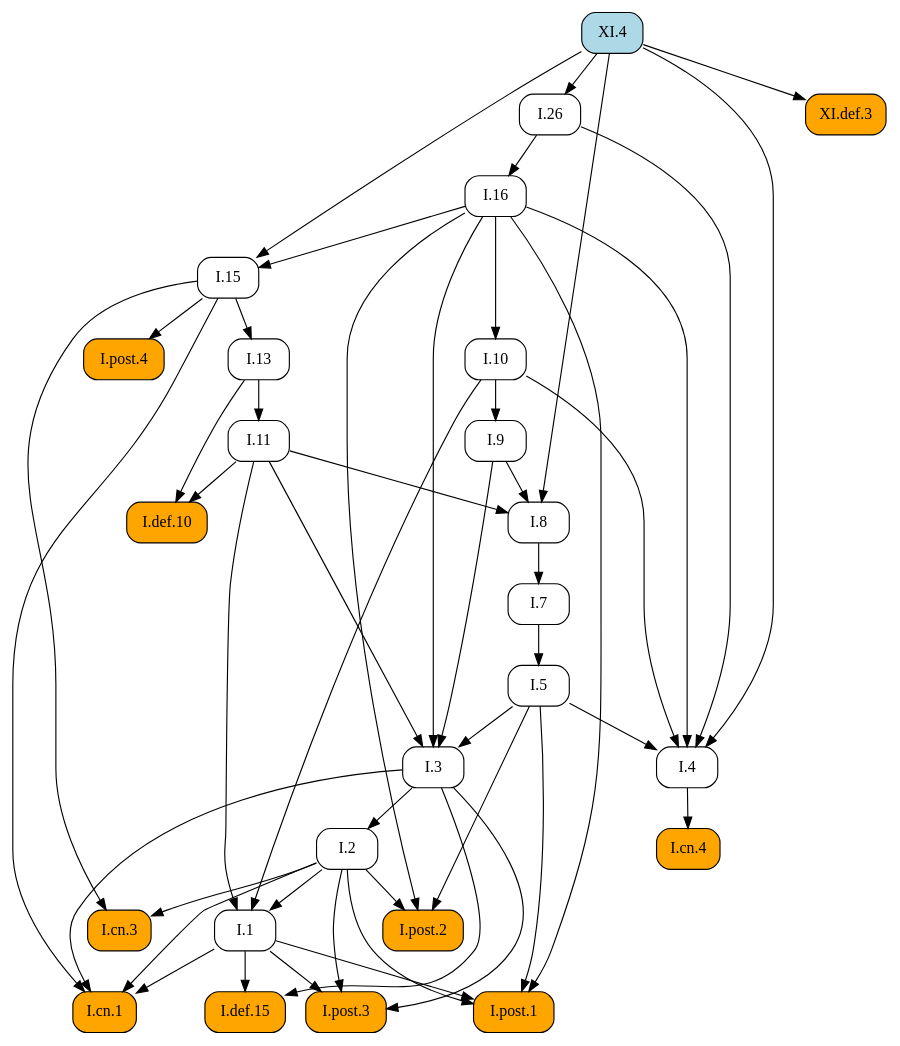
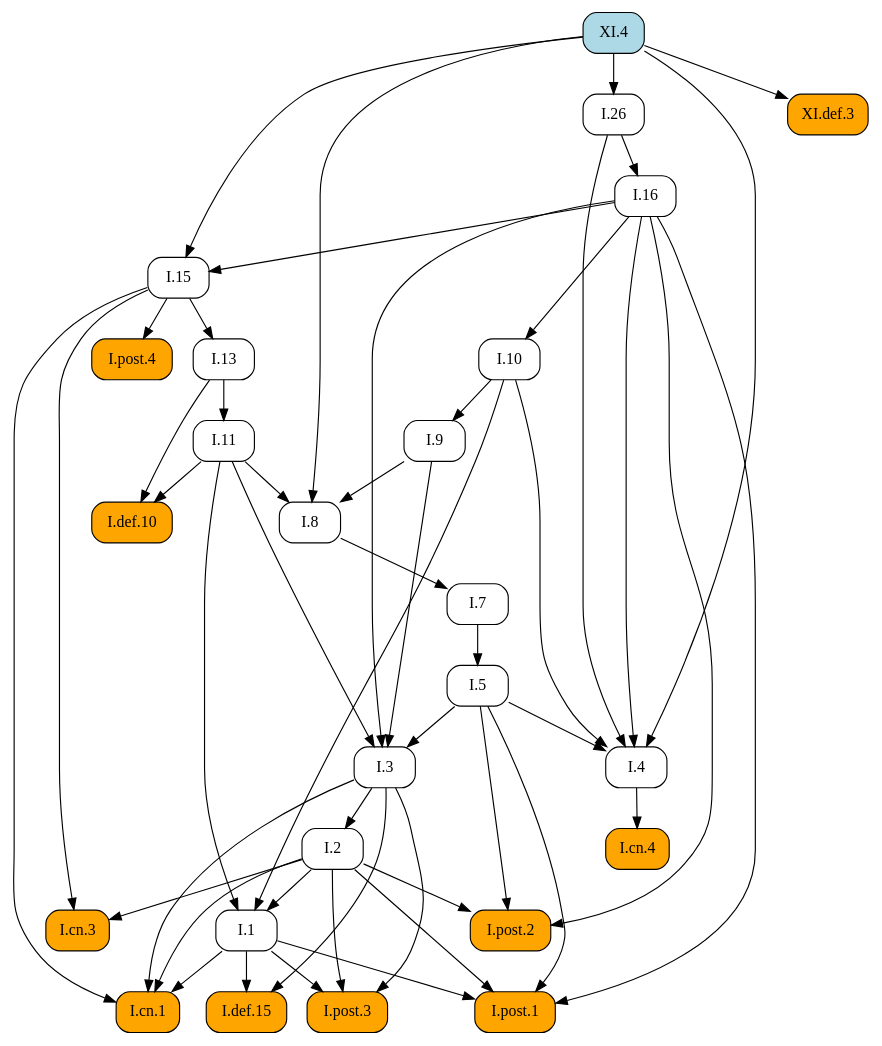
The diagram in docsrc/heath/XI/4/index.rst (geometor/elements), drawn with Graphviz before and after one commit. The commit also changed other lines of this file and 1029 other files, not shown here.

```diff
--- a/docsrc/heath/XI/4/index.rst
+++ b/docsrc/heath/XI/4/index.rst
@@ -59,80 +59,80 @@
 .. graphviz::
 
    digraph {
      rankdir="TB";
      node [shape=box, style=rounded];
-     "I.13" [URL="/heath/I/13/", target="_top"];
-     "I.cn.3" [style="rounded,filled", fillcolor=orange, URL="/heath/I/cn.3/", target="_top"];
-     "I.5" [URL="/heath/I/5/", target="_top"];
-     "I.11" [URL="/heath/I/11/", target="_top"];
-     "I.7" [URL="/heath/I/7/", target="_top"];
-     "I.10" [URL="/heath/I/10/", target="_top"];
-     "I.4" [URL="/heath/I/4/", target="_top"];
-     "I.3" [URL="/heath/I/3/", target="_top"];
-     "I.16" [URL="/heath/I/16/", target="_top"];
-     "I.8" [URL="/heath/I/8/", target="_top"];
-     "I.9" [URL="/heath/I/9/", target="_top"];
      "I.def.10" [style="rounded,filled", fillcolor=orange, URL="/heath/I/def.10/", target="_top"];
-     "XI.4" [style="rounded,filled", fillcolor=lightblue, URL="/heath/XI/4/", target="_top"];
      "XI.def.3" [style="rounded,filled", fillcolor=orange, URL="/heath/XI/def.3/", target="_top"];
      "I.post.4" [style="rounded,filled", fillcolor=orange, URL="/heath/I/post.4/", target="_top"];
+     "I.11" [URL="/heath/I/11/", target="_top"];
+     "I.1" [URL="/heath/I/1/", target="_top"];
+     "I.26" [URL="/heath/I/26/", target="_top"];
+     "I.7" [URL="/heath/I/7/", target="_top"];
+     "I.3" [URL="/heath/I/3/", target="_top"];
+     "I.2" [URL="/heath/I/2/", target="_top"];
+     "I.4" [URL="/heath/I/4/", target="_top"];
+     "I.13" [URL="/heath/I/13/", target="_top"];
      "I.post.2" [style="rounded,filled", fillcolor=orange, URL="/heath/I/post.2/", target="_top"];
-     "I.2" [URL="/heath/I/2/", target="_top"];
+     "I.16" [URL="/heath/I/16/", target="_top"];
      "I.def.15" [style="rounded,filled", fillcolor=orange, URL="/heath/I/def.15/", target="_top"];
-     "I.1" [URL="/heath/I/1/", target="_top"];
+     "I.9" [URL="/heath/I/9/", target="_top"];
      "I.post.3" [style="rounded,filled", fillcolor=orange, URL="/heath/I/post.3/", target="_top"];
+     "I.cn.1" [style="rounded,filled", fillcolor=orange, URL="/heath/I/cn.1/", target="_top"];
+     "I.cn.3" [style="rounded,filled", fillcolor=orange, URL="/heath/I/cn.3/", target="_top"];
+     "I.8" [URL="/heath/I/8/", target="_top"];
+     "I.cn.4" [style="rounded,filled", fillcolor=orange, URL="/heath/I/cn.4/", target="_top"];
+     "I.15" [URL="/heath/I/15/", target="_top"];
+     "XI.4" [style="rounded,filled", fillcolor=lightblue, URL="/heath/XI/4/", target="_top"];
      "I.post.1" [style="rounded,filled", fillcolor=orange, URL="/heath/I/post.1/", target="_top"];
-     "I.cn.4" [style="rounded,filled", fillcolor=orange, URL="/heath/I/cn.4/", target="_top"];
-     "I.26" [URL="/heath/I/26/", target="_top"];
-     "I.15" [URL="/heath/I/15/", target="_top"];
-     "I.cn.1" [style="rounded,filled", fillcolor=orange, URL="/heath/I/cn.1/", target="_top"];
-     "I.15" -> "I.13";
-     "I.2" -> "I.cn.3";
-     "I.15" -> "I.cn.3";
-     "I.7" -> "I.5";
+     "I.10" [URL="/heath/I/10/", target="_top"];
+     "I.5" [URL="/heath/I/5/", target="_top"];
+     "I.11" -> "I.def.10";
+     "I.13" -> "I.def.10";
+     "XI.4" -> "XI.def.3";
+     "I.15" -> "I.post.4";
      "I.13" -> "I.11";
+     "I.2" -> "I.1";
+     "I.10" -> "I.1";
+     "I.11" -> "I.1";
+     "XI.4" -> "I.26";
      "I.8" -> "I.7";
-     "I.16" -> "I.10";
+     "I.5" -> "I.3";
+     "I.9" -> "I.3";
+     "I.11" -> "I.3";
+     "I.16" -> "I.3";
+     "I.3" -> "I.2";
      "I.5" -> "I.4";
      "I.10" -> "I.4";
      "I.16" -> "I.4";
      "I.26" -> "I.4";
      "XI.4" -> "I.4";
-     "I.5" -> "I.3";
-     "I.9" -> "I.3";
-     "I.11" -> "I.3";
-     "I.16" -> "I.3";
+     "I.15" -> "I.13";
+     "I.2" -> "I.post.2";
+     "I.5" -> "I.post.2";
+     "I.16" -> "I.post.2";
      "I.26" -> "I.16";
+     "I.1" -> "I.def.15";
+     "I.3" -> "I.def.15";
+     "I.10" -> "I.9";
+     "I.1" -> "I.post.3";
+     "I.2" -> "I.post.3";
+     "I.3" -> "I.post.3";
+     "I.1" -> "I.cn.1";
+     "I.2" -> "I.cn.1";
+     "I.3" -> "I.cn.1";
+     "I.15" -> "I.cn.1";
+     "I.2" -> "I.cn.3";
+     "I.15" -> "I.cn.3";
      "I.9" -> "I.8";
      "I.11" -> "I.8";
      "XI.4" -> "I.8";
-     "I.10" -> "I.9";
-     "I.11" -> "I.def.10";
-     "I.13" -> "I.def.10";
-     "XI.4" -> "XI.def.3";
-     "I.15" -> "I.post.4";
-     "I.2" -> "I.post.2";
-     "I.5" -> "I.post.2";
-     "I.16" -> "I.post.2";
-     "I.3" -> "I.2";
-     "I.1" -> "I.def.15";
-     "I.3" -> "I.def.15";
-     "I.2" -> "I.1";
-     "I.10" -> "I.1";
-     "I.11" -> "I.1";
-     "I.1" -> "I.post.3";
-     "I.2" -> "I.post.3";
-     "I.3" -> "I.post.3";
+     "I.4" -> "I.cn.4";
+     "I.16" -> "I.15";
+     "XI.4" -> "I.15";
      "I.1" -> "I.post.1";
      "I.2" -> "I.post.1";
      "I.5" -> "I.post.1";
      "I.16" -> "I.post.1";
-     "I.4" -> "I.cn.4";
-     "XI.4" -> "I.26";
-     "I.16" -> "I.15";
-     "XI.4" -> "I.15";
-     "I.1" -> "I.cn.1";
-     "I.2" -> "I.cn.1";
-     "I.3" -> "I.cn.1";
-     "I.15" -> "I.cn.1";
+     "I.16" -> "I.10";
+     "I.7" -> "I.5";
    }
```
